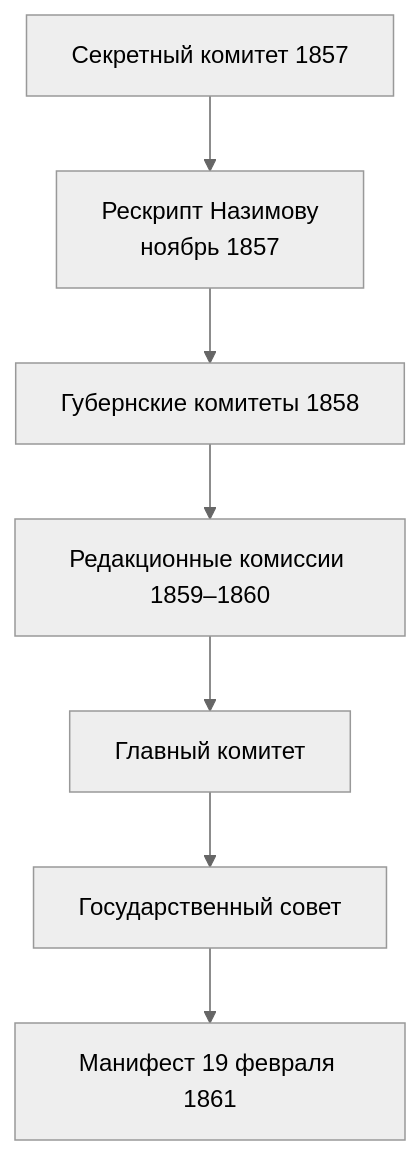
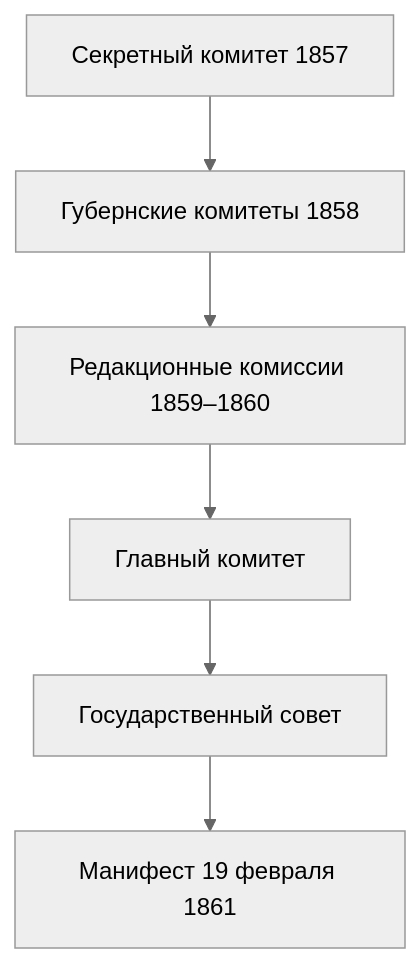
One commit to wesdyqq/study-sync changed the second of 2 diagrams in Учеба КНИТУ/История России/Конспекты лекций/История России 20.11.26.md. Above: the diagram before and after it, drawn with Mermaid (neutral theme). The commit also changed other lines of this file, not shown here.

````diff
--- a/Учеба КНИТУ/История России/Конспекты лекций/История России 20.11.26.md
+++ b/Учеба КНИТУ/История России/Конспекты лекций/История России 20.11.26.md
@@ -172,9 +108,8 @@
 ```mermaid
 flowchart TD
-    A["Секретный комитет 1857"] --> B["Рескрипт Назимову<br/>ноябрь 1857"]
-    B --> C["Губернские комитеты 1858"]
-    C --> D["Редакционные комиссии 1859–1860"]
-    D --> E["Главный комитет"]
-    E --> F["Государственный совет"]
-    F --> G["Манифест 19 февраля 1861"]
+    A["Секретный комитет 1857"] --> B["Губернские комитеты 1858"]
+    B --> C["Редакционные комиссии 1859–1860"]
+    C --> D["Главный комитет"]
+    D --> E["Государственный совет"]
+    E --> F["Манифест 19 февраля 1861"]
 ```
````
